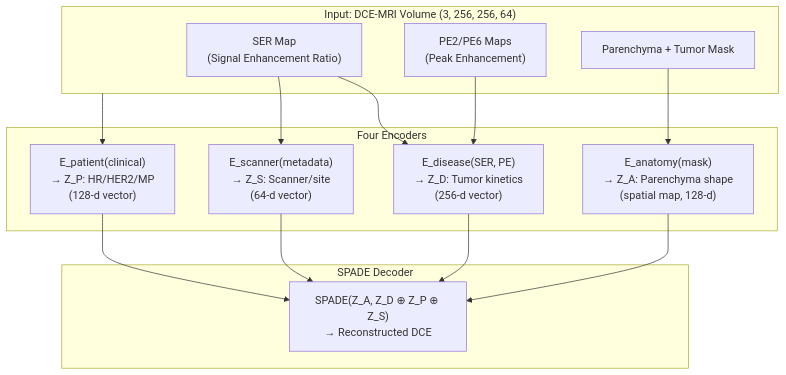
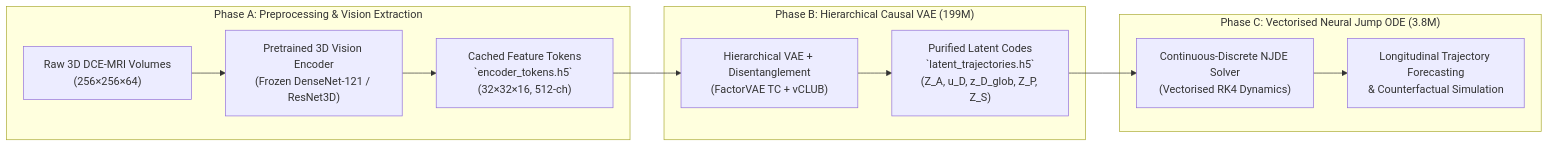
One commit to jakubMitura14/horizon_disentangled changed the third of 3 diagrams in docs/breast_cancer_implementation_plan.md. Above: the diagram before and after it, drawn with Mermaid. The commit also changed other lines of this file, not shown here.

````diff
--- a/docs/breast_cancer_implementation_plan.md
+++ b/docs/breast_cancer_implementation_plan.md
@@ -269,30 +304,17 @@
 ```mermaid
-flowchart TD
-    subgraph Input["Input: DCE-MRI Volume (3, 256, 256, 64)"]
-        SER["SER Map\n(Signal Enhancement Ratio)"]
-        PE["PE2/PE6 Maps\n(Peak Enhancement)"]
-        SEG["Parenchyma + Tumor Mask"]
+flowchart LR
+    subgraph PhaseA["Phase A: Preprocessing & Vision Extraction"]
+        Raw["Raw 3D DCE-MRI Volumes\n(256×256×64)"] --> Enc["Pretrained 3D Vision Encoder\n(Frozen DenseNet-121 / ResNet3D)"]
+        Enc --> H5A["Cached Feature Tokens\n`encoder_tokens.h5` (32×32×16, 512-ch)"]
     end
 
-    subgraph Encoders["Four Encoders"]
-        EA["E_anatomy(mask)\n→ Z_A: Parenchyma shape\n(spatial map, 128-d)"]
-        ED["E_disease(SER, PE)\n→ Z_D: Tumor kinetics\n(256-d vector)"]
-        EP["E_patient(clinical)\n→ Z_P: HR/HER2/MP\n(128-d vector)"]
-        ES["E_scanner(metadata)\n→ Z_S: Scanner/site\n(64-d vector)"]
+    subgraph PhaseB["Phase B: Hierarchical Causal VAE (199M)"]
+        H5A --> VAE["Hierarchical VAE + Disentanglement\n(FactorVAE TC + vCLUB)"]
+        VAE --> H5B["Purified Latent Codes\n`latent_trajectories.h5`\n(Z_A, u_D, z_D_glob, Z_P, Z_S)"]
     end
 
-    subgraph Decoder["SPADE Decoder"]
-        SPADE["SPADE(Z_A, Z_D ⊕ Z_P ⊕ Z_S)\n→ Reconstructed DCE"]
+    subgraph PhaseC["Phase C: Vectorised Neural Jump ODE (3.8M)"]
+        H5B --> NJDE["Continuous-Discrete NJDE Solver\n(Vectorised RK4 Dynamics)"]
+        NJDE --> Traj["Longitudinal Trajectory Forecasting\n& Counterfactual Simulation"]
     end
-
-    SEG --> EA
-    SER --> ED
-    PE --> ED
-    SER --> ES
-    Input --> EP
-
-    EA --> SPADE
-    ED --> SPADE
-    EP --> SPADE
-    ES --> SPADE
 ```
````
